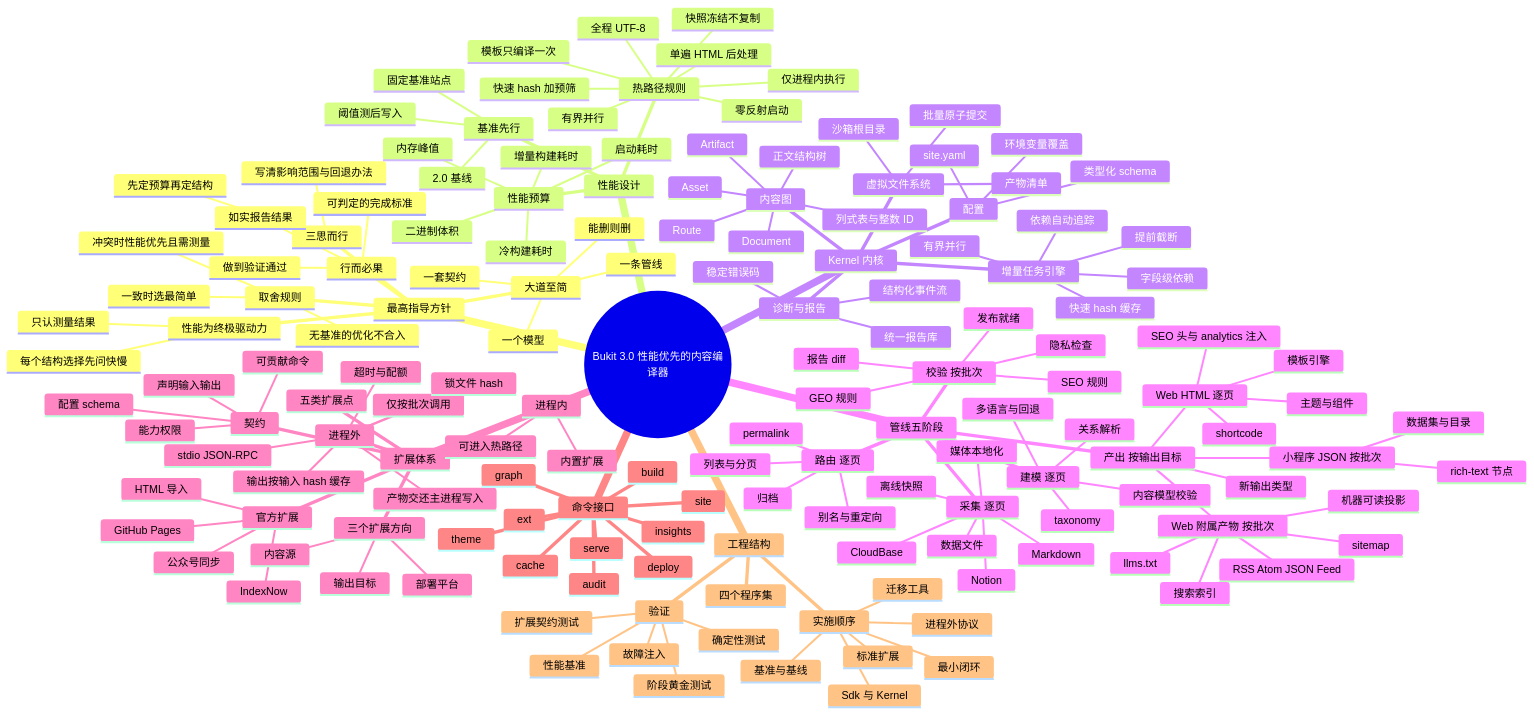
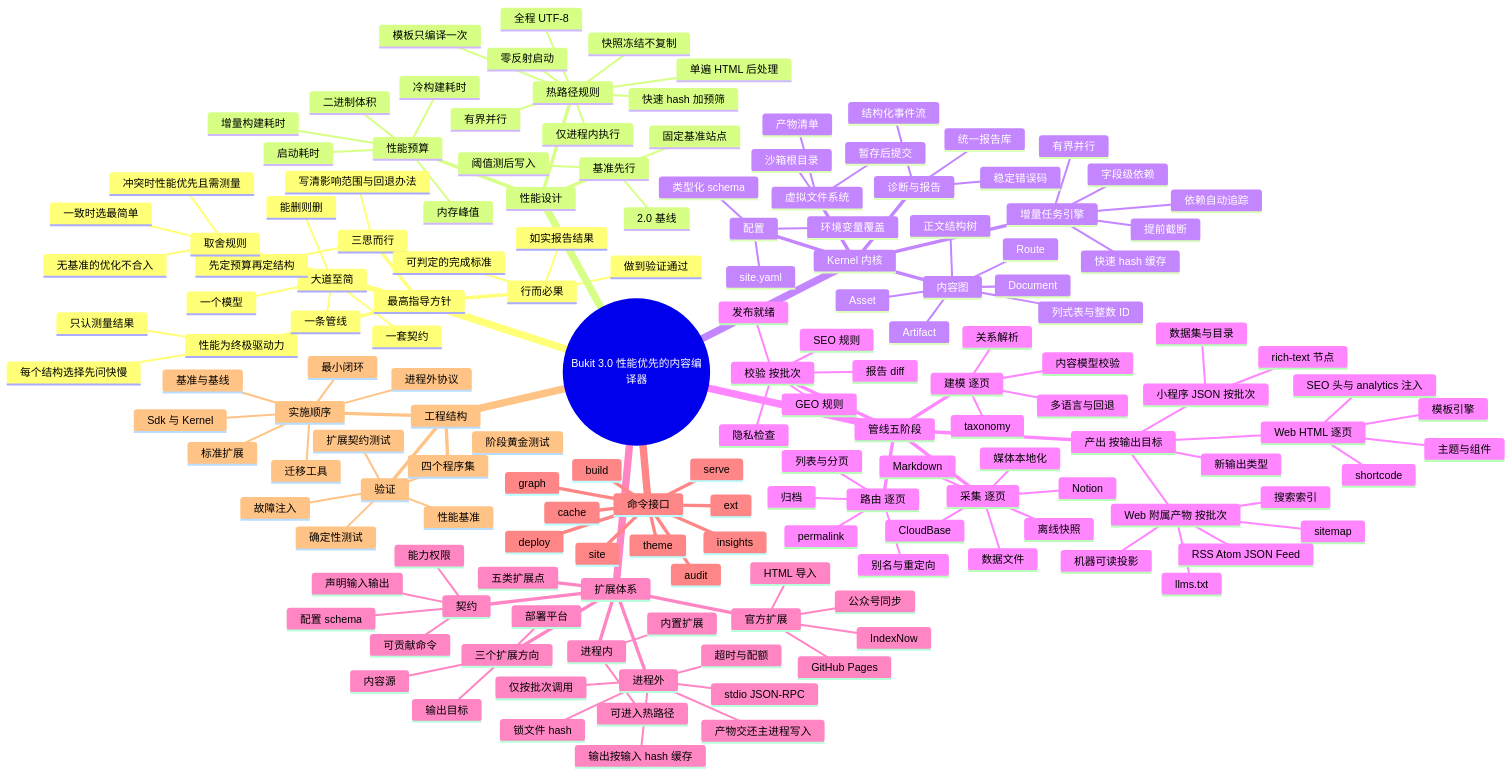
The second of 3 diagrams in docs/plans/2026-11-24-bukit-3.0-architecture-design.zh-CN.md (ALi365-SDN-BHD/Bukit), drawn with Mermaid before and after one commit. The commit also changed other lines of this file, not shown here.

```diff
--- a/docs/plans/2026-11-24-bukit-3.0-architecture-design.zh-CN.md
+++ b/docs/plans/2026-11-24-bukit-3.0-architecture-design.zh-CN.md
@@ -170,7 +170,7 @@
         有界并行
       虚拟文件系统
         沙箱根目录
-        批量原子提交
+        暂存后提交
         产物清单
       配置
         site.yaml
```
